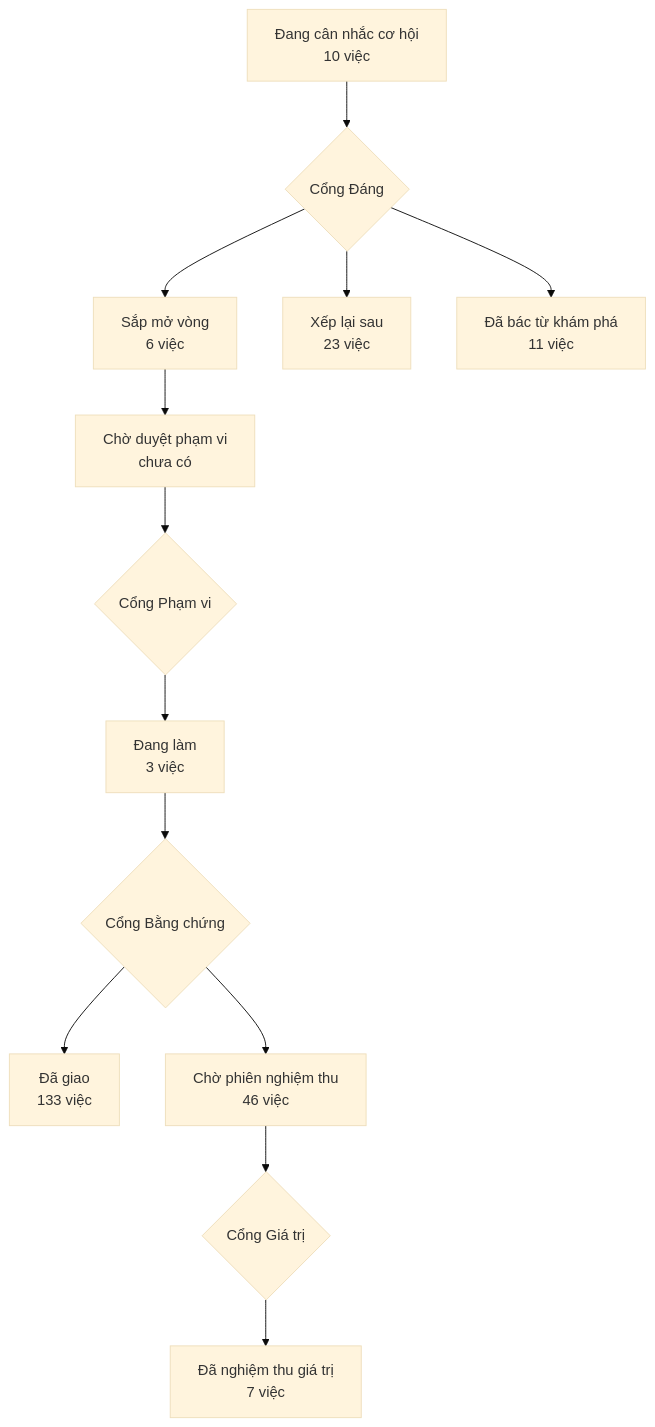
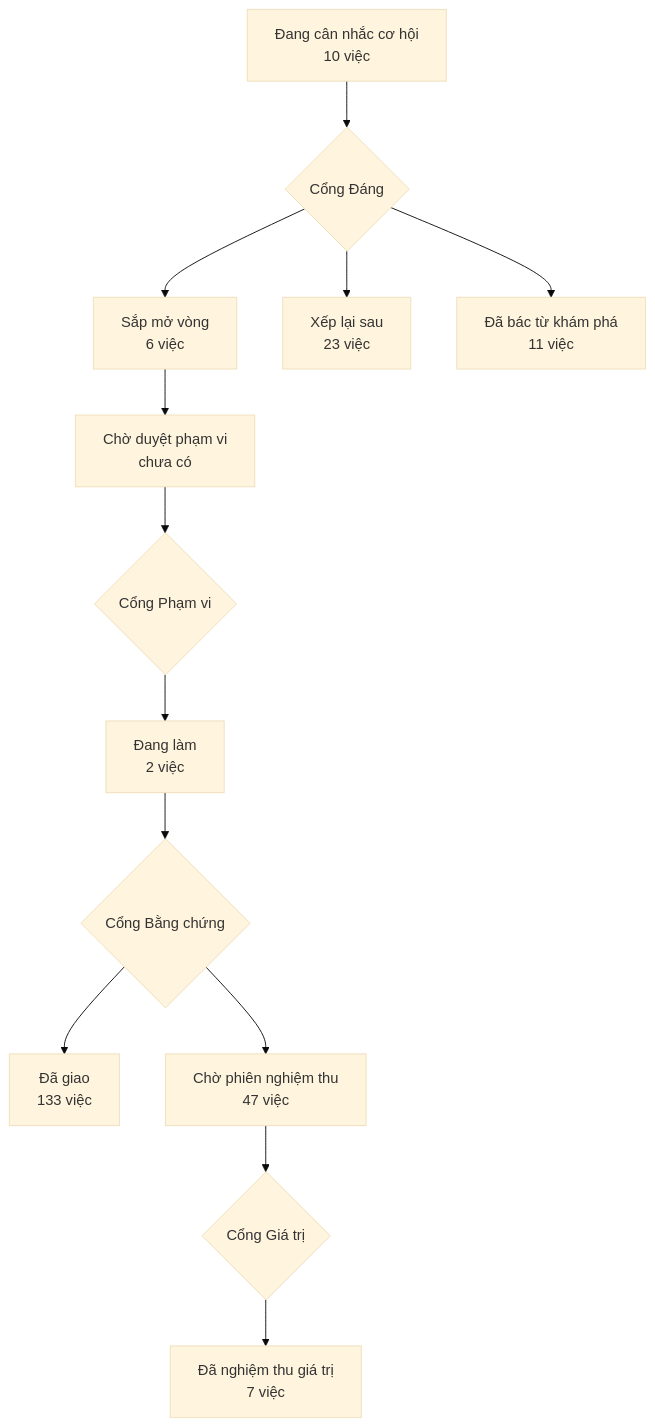
Before and after one commit to phanlemanh/acceptance-gate-kit: the diagram in PRODUCT-MAP.md, drawn with Mermaid (base theme). The commit also changed 8 other files, not shown here.

````diff
--- a/PRODUCT-MAP.md
+++ b/PRODUCT-MAP.md
@@ -7,12 +7,12 @@
 ```mermaid
 flowchart TD
   A["Đang cân nhắc cơ hội<br/>10 việc"] --> GD{"Cổng Đáng"}
   GD --> B["Sắp mở vòng<br/>6 việc"]
   GD --> XL["Xếp lại sau<br/>23 việc"]
   GD --> DB["Đã bác từ khám phá<br/>11 việc"]
   B --> CD["Chờ duyệt phạm vi<br/>chưa có"] --> GP{"Cổng Phạm vi"}
-  GP --> DL["Đang làm<br/>3 việc"] --> GB{"Cổng Bằng chứng"}
+  GP --> DL["Đang làm<br/>2 việc"] --> GB{"Cổng Bằng chứng"}
   GB --> DG["Đã giao<br/>133 việc"]
-  GB --> CN["Chờ phiên nghiệm thu<br/>46 việc"] --> GG{"Cổng Giá trị"}
+  GB --> CN["Chờ phiên nghiệm thu<br/>47 việc"] --> GG{"Cổng Giá trị"}
   GG --> NT["Đã nghiệm thu giá trị<br/>7 việc"]
 ```
````
